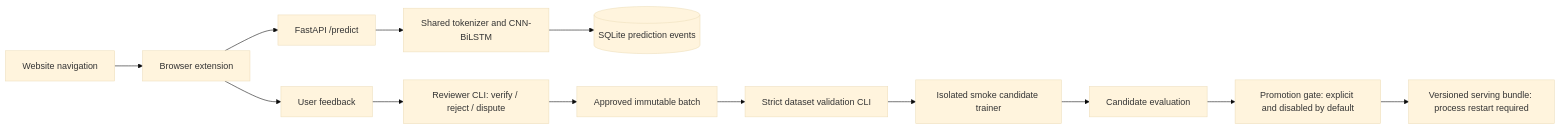
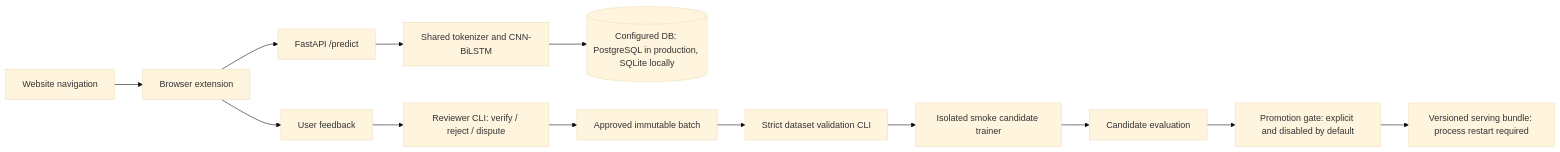
One commit to SyedHarshath/Phishing-Detection changed the first of 2 diagrams in docs/MLOPS_ARCHITECTURE.md. Above: the diagram before and after it, drawn with Mermaid (base theme). The commit also changed other lines of this file and 26 other files, not shown here.

Commit message:
Added PostgreSQL Database

````diff
--- a/docs/MLOPS_ARCHITECTURE.md
+++ b/docs/MLOPS_ARCHITECTURE.md
@@ -3,15 +3,15 @@
 ```mermaid
 flowchart LR
   W[Website navigation] --> E[Browser extension]
   E --> A[FastAPI /predict]
   A --> P[Shared tokenizer and CNN-BiLSTM]
-  P --> L[(SQLite prediction events)]
+  P --> L[(Configured DB: PostgreSQL in production, SQLite locally)]
   E --> F[User feedback]
   F --> V[Reviewer CLI: verify / reject / dispute]
   V --> B[Approved immutable batch]
   B --> Q[Strict dataset validation CLI]
   Q --> C[Isolated smoke candidate trainer]
   C --> R[Candidate evaluation]
   R --> G[Promotion gate: explicit and disabled by default]
   G --> S[Versioned serving bundle: process restart required]
 ```
````
